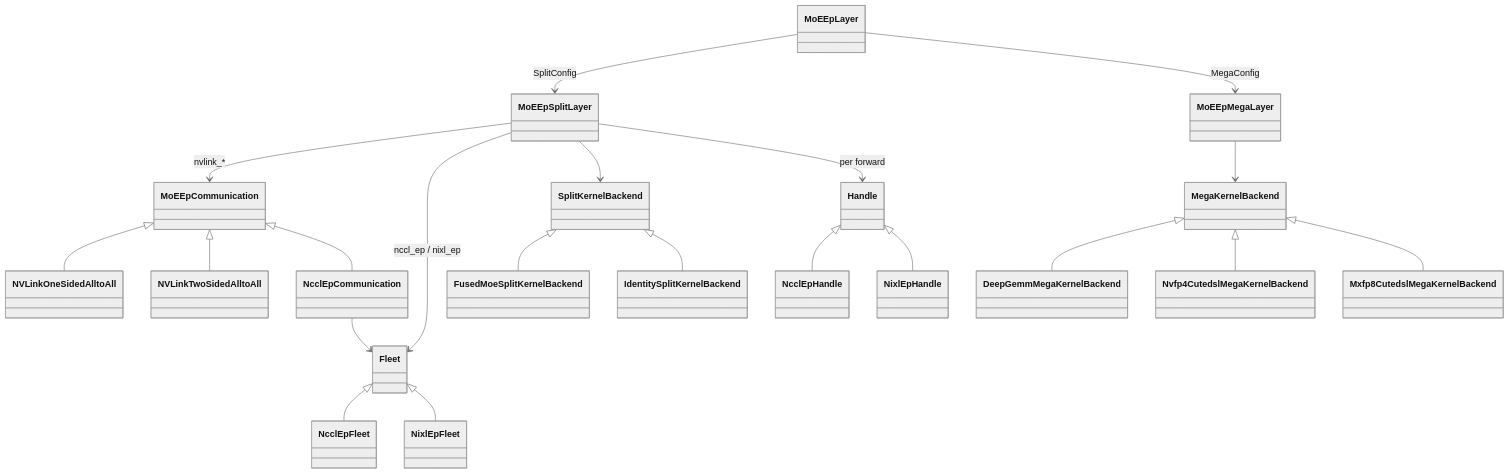
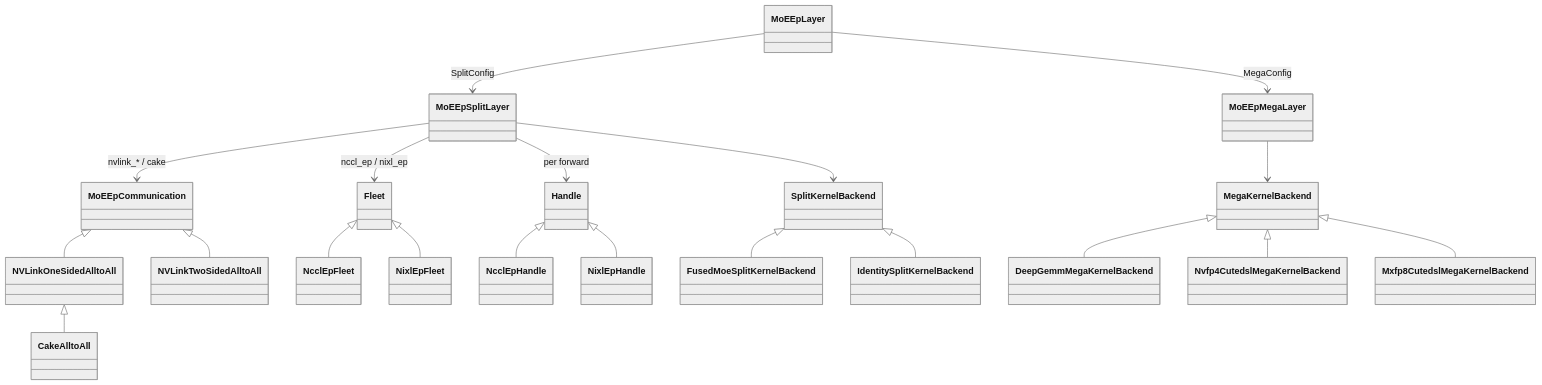
One commit to flashinfer-ai/flashinfer changed the second of 4 diagrams in docs/design_docs/moe_ep_architecture.md. Above: the diagram before and after it, drawn with Mermaid (neutral theme). The commit also changed other lines of this file and 6 other files, not shown here.

First line of the commit message:
refactor(moe_ep): drop NcclEpCommunication; NCCL-EP stays on Fleet/Handle

````diff
--- a/docs/design_docs/moe_ep_architecture.md
+++ b/docs/design_docs/moe_ep_architecture.md
@@ -339,30 +338,29 @@
 ```mermaid
 classDiagram
     direction TB
 
     MoEEpLayer --> MoEEpSplitLayer : SplitConfig
     MoEEpLayer --> MoEEpMegaLayer : MegaConfig
 
-    MoEEpSplitLayer --> MoEEpCommunication : nvlink_*
+    MoEEpSplitLayer --> MoEEpCommunication : nvlink_* / cake
     MoEEpSplitLayer --> Fleet : nccl_ep / nixl_ep
     MoEEpSplitLayer --> SplitKernelBackend
     MoEEpSplitLayer --> Handle : per forward
 
     MoEEpCommunication <|-- NVLinkOneSidedAlltoAll
+    NVLinkOneSidedAlltoAll <|-- CakeAlltoAll
     MoEEpCommunication <|-- NVLinkTwoSidedAlltoAll
-    MoEEpCommunication <|-- NcclEpCommunication
-    NcclEpCommunication --> Fleet
 
     MoEEpMegaLayer --> MegaKernelBackend
 
     Fleet <|-- NcclEpFleet
     Fleet <|-- NixlEpFleet
     Handle <|-- NcclEpHandle
     Handle <|-- NixlEpHandle
 
     SplitKernelBackend <|-- FusedMoeSplitKernelBackend
     SplitKernelBackend <|-- IdentitySplitKernelBackend
     MegaKernelBackend <|-- DeepGemmMegaKernelBackend
     MegaKernelBackend <|-- Nvfp4CutedslMegaKernelBackend
     MegaKernelBackend <|-- Mxfp8CutedslMegaKernelBackend
 ```
````
